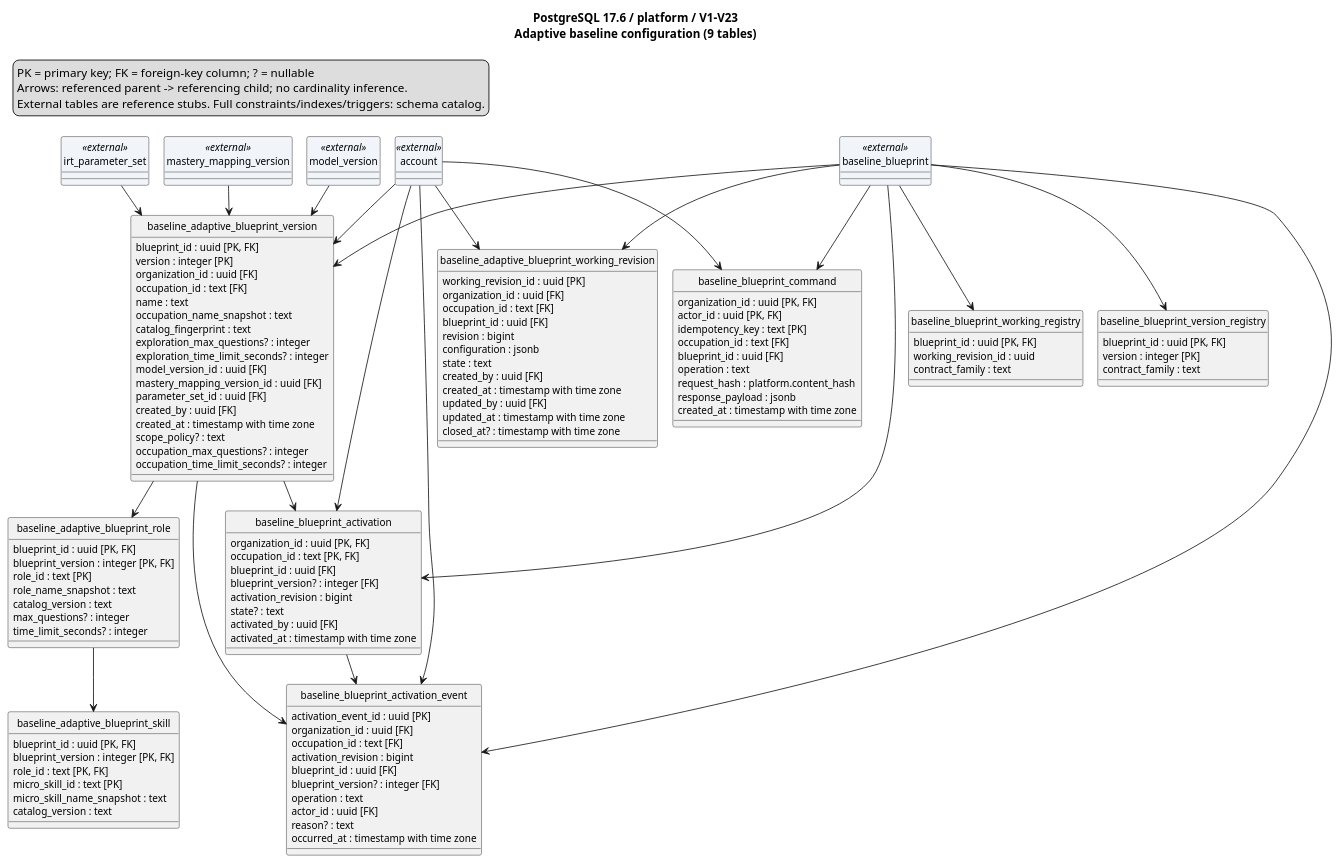
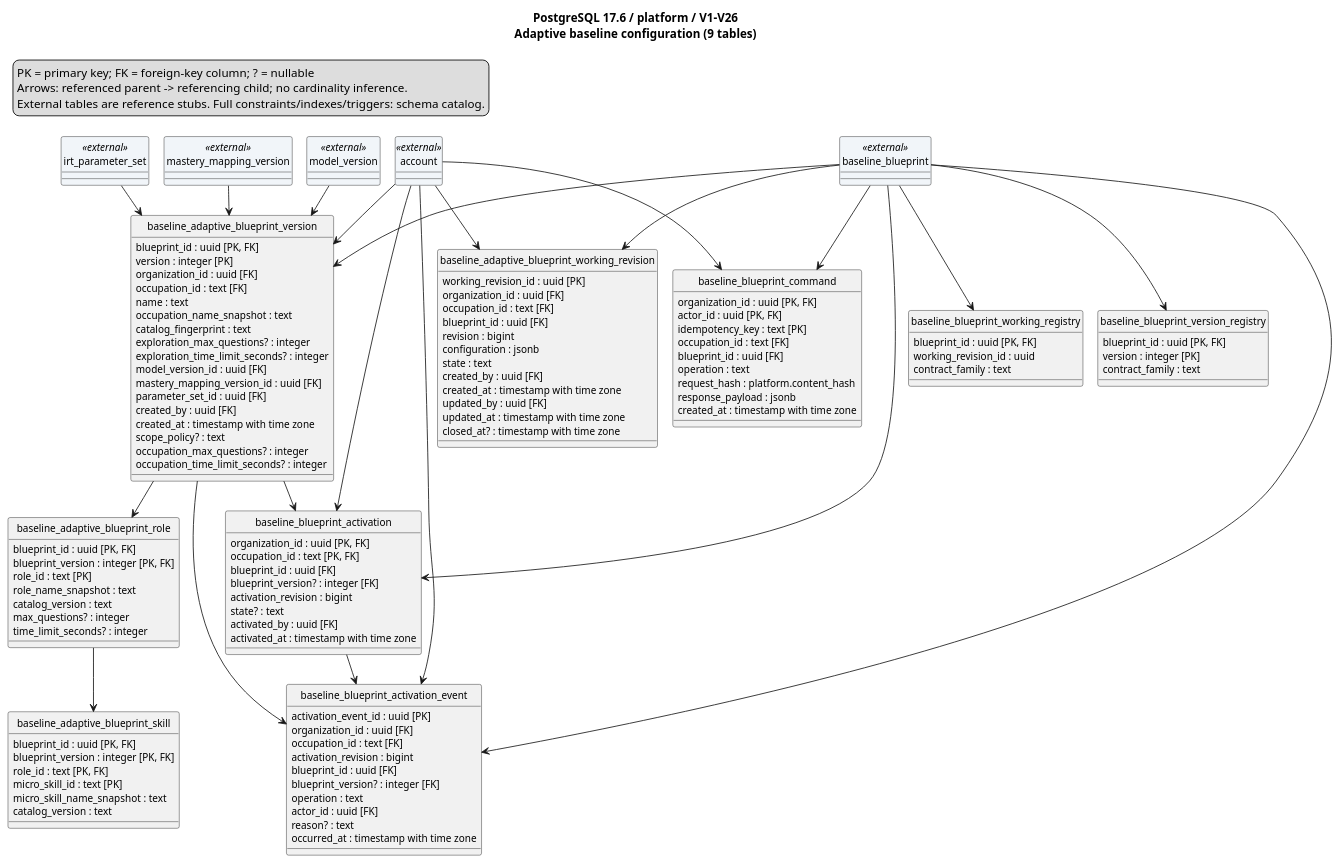
One commit to SEP490-Fall-2026-GFA26SE64/SEP490 changed the diagram in documents/diagrams/postgresql-adaptive-blueprint.puml. Above: the diagram before and after it, drawn with PlantUML. The commit also changed 28 other files, not shown here.

Commit message:
docs: refresh verified V26 schema and catalog diagrams

```diff
--- a/documents/diagrams/postgresql-adaptive-blueprint.puml
+++ b/documents/diagrams/postgresql-adaptive-blueprint.puml
@@ -1,133 +1,133 @@
 @startuml
 !pragma layout smetana
 top to bottom direction
 skinparam shadowing false
 hide circle
 skinparam classAttributeIconSize 0
 skinparam defaultFontName SansSerif
 skinparam defaultFontSize 12
-title PostgreSQL 17.6 / platform / V1-V23\nAdaptive baseline configuration (9 tables)
+title PostgreSQL 17.6 / platform / V1-V26\nAdaptive baseline configuration (9 tables)
 legend top left
 PK = primary key; FK = foreign-key column; ? = nullable
 Arrows: referenced parent -> referencing child; no cardinality inference.
 External tables are reference stubs. Full constraints/indexes/triggers: schema catalog.
 endlegend
 class baseline_adaptive_blueprint_working_revision {
   working_revision_id : uuid [PK]
   organization_id : uuid [FK]
   occupation_id : text [FK]
   blueprint_id : uuid [FK]
   revision : bigint
   configuration : jsonb
   state : text
   created_by : uuid [FK]
   created_at : timestamp with time zone
   updated_by : uuid [FK]
   updated_at : timestamp with time zone
   closed_at? : timestamp with time zone
 }
 class baseline_adaptive_blueprint_version {
   blueprint_id : uuid [PK, FK]
   version : integer [PK]
   organization_id : uuid [FK]
   occupation_id : text [FK]
   name : text
   occupation_name_snapshot : text
   catalog_fingerprint : text
   exploration_max_questions? : integer
   exploration_time_limit_seconds? : integer
   model_version_id : uuid [FK]
   mastery_mapping_version_id : uuid [FK]
   parameter_set_id : uuid [FK]
   created_by : uuid [FK]
   created_at : timestamp with time zone
   scope_policy? : text
   occupation_max_questions? : integer
   occupation_time_limit_seconds? : integer
 }
 class baseline_adaptive_blueprint_role {
   blueprint_id : uuid [PK, FK]
   blueprint_version : integer [PK, FK]
   role_id : text [PK]
   role_name_snapshot : text
   catalog_version : text
   max_questions? : integer
   time_limit_seconds? : integer
 }
 class baseline_adaptive_blueprint_skill {
   blueprint_id : uuid [PK, FK]
   blueprint_version : integer [PK, FK]
   role_id : text [PK, FK]
   micro_skill_id : text [PK]
   micro_skill_name_snapshot : text
   catalog_version : text
 }
 class baseline_blueprint_working_registry {
   blueprint_id : uuid [PK, FK]
   working_revision_id : uuid
   contract_family : text
 }
 class baseline_blueprint_version_registry {
   blueprint_id : uuid [PK, FK]
   version : integer [PK]
   contract_family : text
 }
 class baseline_blueprint_activation {
   organization_id : uuid [PK, FK]
   occupation_id : text [PK, FK]
   blueprint_id : uuid [FK]
   blueprint_version? : integer [FK]
   activation_revision : bigint
   state? : text
   activated_by : uuid [FK]
   activated_at : timestamp with time zone
 }
 class baseline_blueprint_activation_event {
   activation_event_id : uuid [PK]
   organization_id : uuid [FK]
   occupation_id : text [FK]
   activation_revision : bigint
   blueprint_id : uuid [FK]
   blueprint_version? : integer [FK]
   operation : text
   actor_id : uuid [FK]
   reason? : text
   occurred_at : timestamp with time zone
 }
 class baseline_blueprint_command {
   organization_id : uuid [PK, FK]
   actor_id : uuid [PK, FK]
   idempotency_key : text [PK]
   occupation_id : text [FK]
   blueprint_id : uuid [FK]
   operation : text
   request_hash : platform.content_hash
   response_payload : jsonb
   created_at : timestamp with time zone
 }
 class account <<external>> #F1F5F9
 class baseline_blueprint <<external>> #F1F5F9
 class irt_parameter_set <<external>> #F1F5F9
 class mastery_mapping_version <<external>> #F1F5F9
 class model_version <<external>> #F1F5F9
 account --> baseline_adaptive_blueprint_version
 account --> baseline_adaptive_blueprint_working_revision
 account --> baseline_blueprint_activation
 account --> baseline_blueprint_activation_event
 account --> baseline_blueprint_command
 baseline_adaptive_blueprint_role --> baseline_adaptive_blueprint_skill
 baseline_adaptive_blueprint_version --> baseline_adaptive_blueprint_role
 baseline_adaptive_blueprint_version --> baseline_blueprint_activation
 baseline_adaptive_blueprint_version --> baseline_blueprint_activation_event
 baseline_blueprint --> baseline_adaptive_blueprint_version
 baseline_blueprint --> baseline_adaptive_blueprint_working_revision
 baseline_blueprint --> baseline_blueprint_activation
 baseline_blueprint --> baseline_blueprint_activation_event
 baseline_blueprint --> baseline_blueprint_command
 baseline_blueprint --> baseline_blueprint_version_registry
 baseline_blueprint --> baseline_blueprint_working_registry
 baseline_blueprint_activation --> baseline_blueprint_activation_event
 irt_parameter_set --> baseline_adaptive_blueprint_version
 mastery_mapping_version --> baseline_adaptive_blueprint_version
 model_version --> baseline_adaptive_blueprint_version
 @enduml
```
